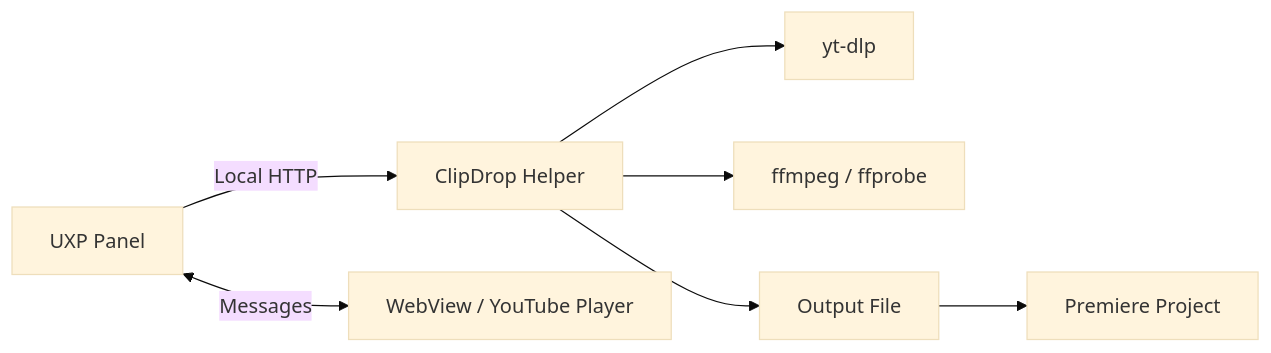
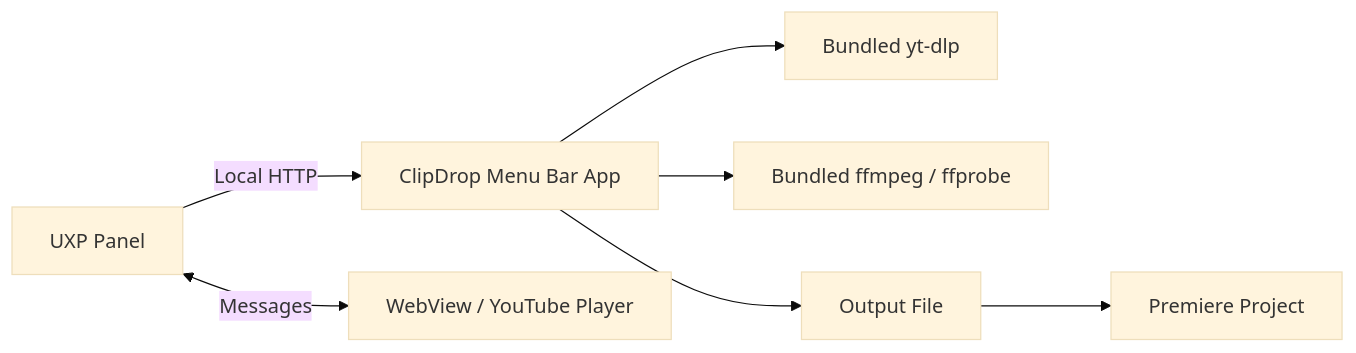
One commit to smithplus/clipdrop changed the diagram in docs/architecture.md. Above: the diagram before and after it, drawn with Mermaid (base theme). The commit also changed other lines of this file and 35 other files, not shown here.

Commit message:
Ship standalone ClipDrop menu bar app

````diff
--- a/docs/architecture.md
+++ b/docs/architecture.md
@@ -6,9 +6,9 @@
 ```mermaid
 flowchart LR
-  U["UXP Panel"] -->|"Local HTTP"| H["ClipDrop Helper"]
+  U["UXP Panel"] -->|"Local HTTP"| C["ClipDrop Menu Bar App"]
   U <-->|"Messages"| W["WebView / YouTube Player"]
-  H --> Y["yt-dlp"]
-  H --> F["ffmpeg / ffprobe"]
-  H --> O["Output File"]
+  C --> Y["Bundled yt-dlp"]
+  C --> F["Bundled ffmpeg / ffprobe"]
+  C --> O["Output File"]
   O --> P["Premiere Project"]
 ```
````
